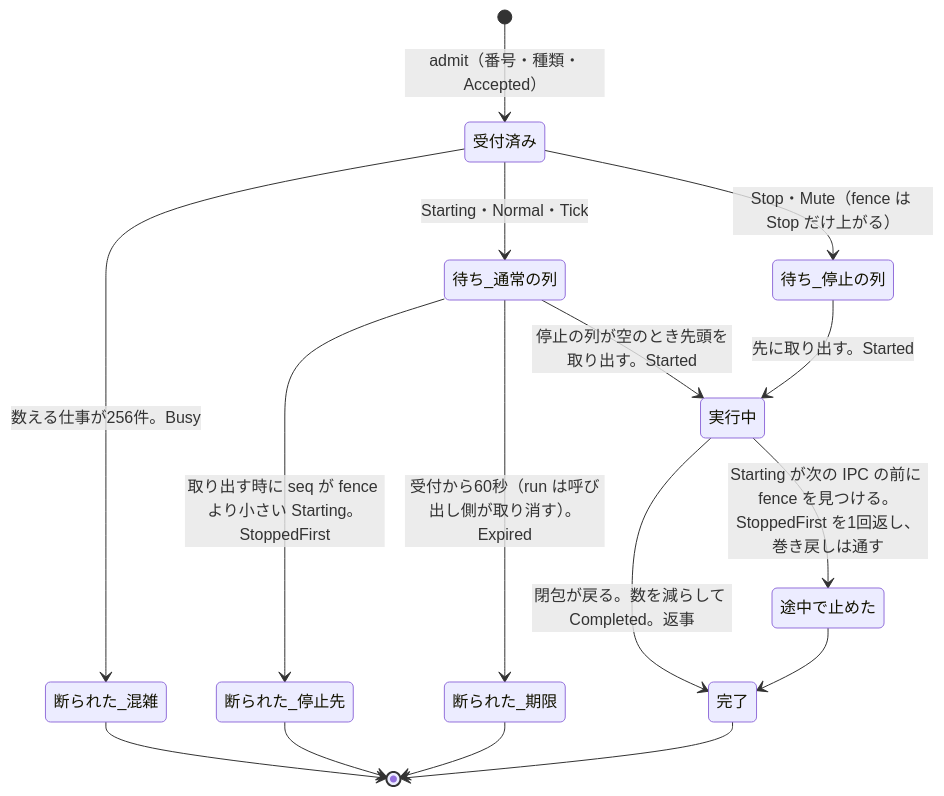
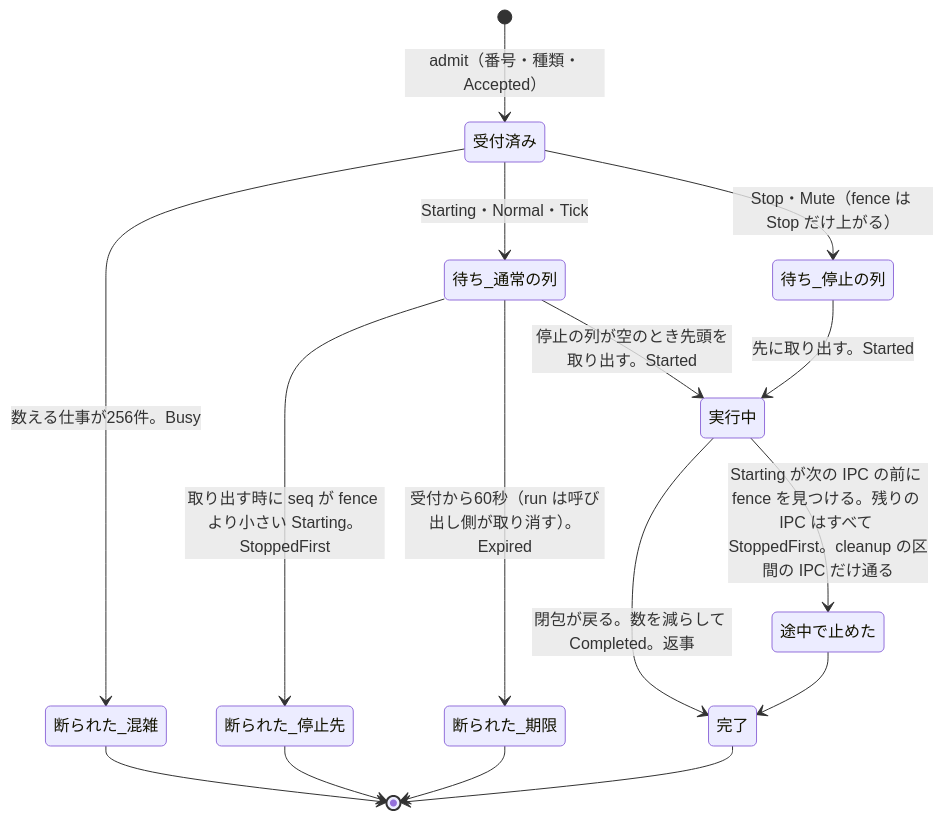
One commit to blackflame7983/Auralyn changed the third of 3 diagrams in docs/plans/audio-session-f1b0b-design.md. Above: the diagram before and after it, drawn with Mermaid. The commit also changed other lines of this file, not shown here.

First line of the commit message:
docs: F1b-0b-2b の12章を Sol の設計レビュー（BLOCK）で直す。Release・後始末の区間・StoppedFirst の型 (#825)

````diff
--- a/docs/plans/audio-session-f1b0b-design.md
+++ b/docs/plans/audio-session-f1b0b-design.md
@@ -995,18 +1023,18 @@
 ```mermaid
 stateDiagram-v2
   [*] --> 受付済み: admit（番号・種類・Accepted）
   受付済み --> 断られた_混雑: 数える仕事が256件。Busy
   受付済み --> 待ち_通常の列: Starting・Normal・Tick
   受付済み --> 待ち_停止の列: Stop・Mute（fence は Stop だけ上がる）
   待ち_通常の列 --> 断られた_停止先: 取り出す時に seq が fence より小さい Starting。StoppedFirst
   待ち_通常の列 --> 断られた_期限: 受付から60秒（run は呼び出し側が取り消す）。Expired
   待ち_通常の列 --> 実行中: 停止の列が空のとき先頭を取り出す。Started
   待ち_停止の列 --> 実行中: 先に取り出す。Started
   実行中 --> 完了: 閉包が戻る。数を減らして Completed。返事
-  実行中 --> 途中で止めた: Starting が次の IPC の前に fence を見つける。StoppedFirst を1回返し、巻き戻しは通す
+  実行中 --> 途中で止めた: Starting が次の IPC の前に fence を見つける。残りの IPC はすべて StoppedFirst。cleanup の区間の IPC だけ通る
   途中で止めた --> 完了
   完了 --> [*]
   断られた_混雑 --> [*]
   断られた_停止先 --> [*]
   断られた_期限 --> [*]
 ```
````
